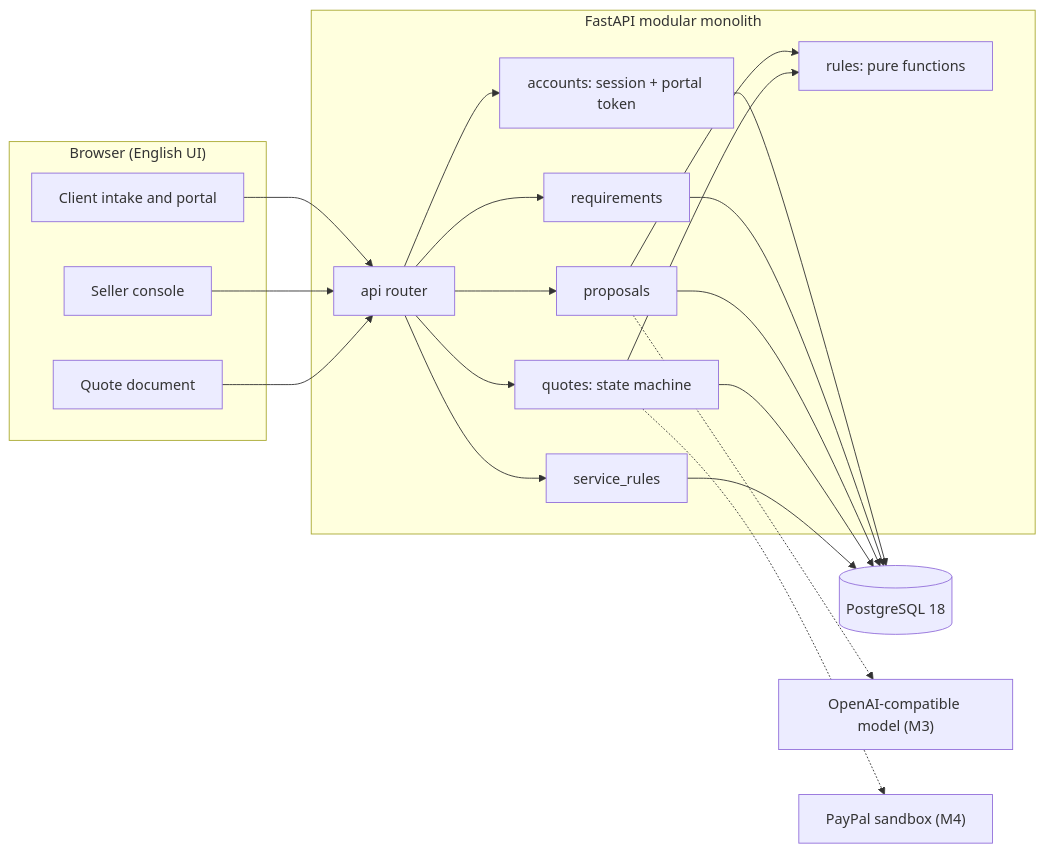
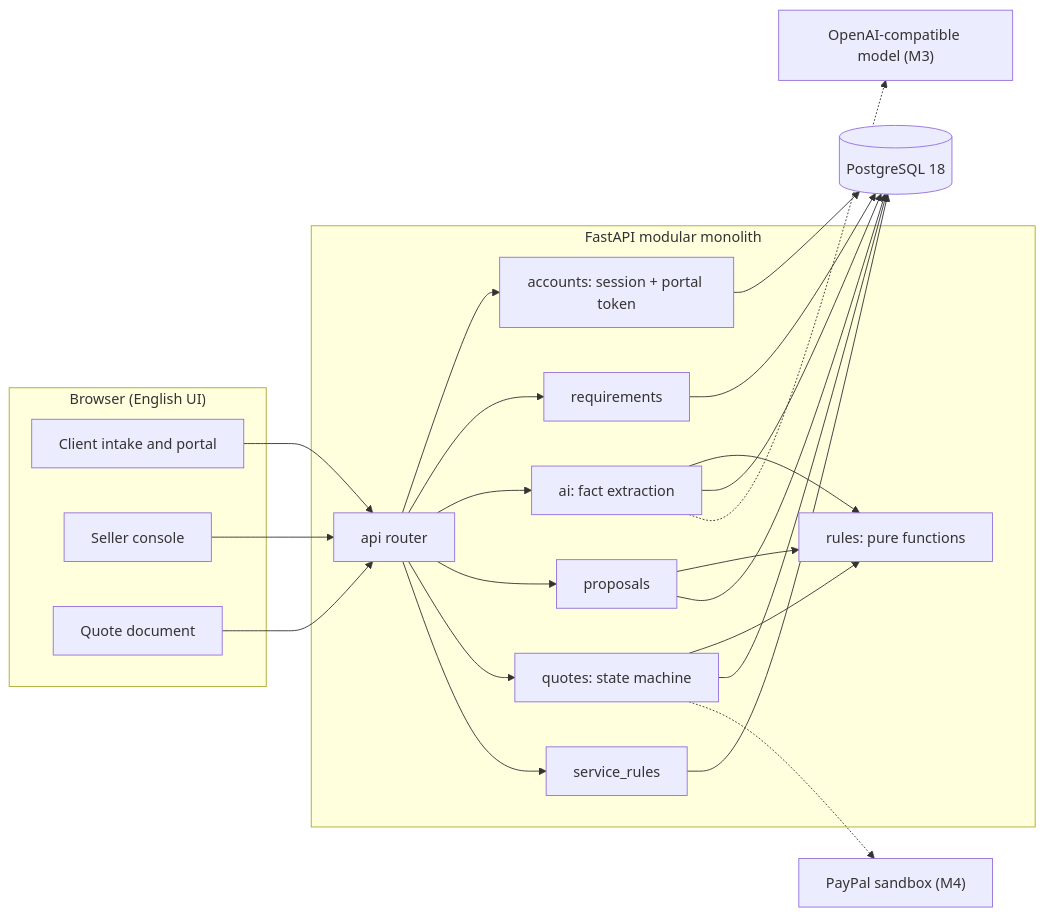
One commit to 1634594707/ScopeBridge changed the diagram in README.md. Above: the diagram before and after it, drawn with Mermaid. The commit also changed other lines of this file and 25 other files, not shown here.

````diff
--- a/README.md
+++ b/README.md
@@ -62,38 +69,42 @@
 ```mermaid
 flowchart LR
     subgraph Browser["Browser (English UI)"]
         A["Client intake and portal"]
         B["Seller console"]
         C["Quote document"]
     end
     subgraph API["FastAPI modular monolith"]
         R["api router"]
         AUTH["accounts: session + portal token"]
         REQ["requirements"]
+        AI["ai: fact extraction"]
         PROP["proposals"]
         QUOTE["quotes: state machine"]
         RULES["rules: pure functions"]
         SR["service_rules"]
     end
     DB[("PostgreSQL 18")]
     LLM["OpenAI-compatible model (M3)"]
     PG["PayPal sandbox (M4)"]
 
     A --> R
     B --> R
     C --> R
     R --> AUTH
     R --> REQ
+    R --> AI
     R --> PROP
     R --> QUOTE
     R --> SR
+    AI --> RULES
     PROP --> RULES
     QUOTE --> RULES
     AUTH --> DB
+    AI --> DB
     REQ --> DB
     PROP --> DB
     QUOTE --> DB
     SR --> DB
-    PROP -.-> LLM
+    AI -.-> LLM
     QUOTE -.-> PG
 ```
````
